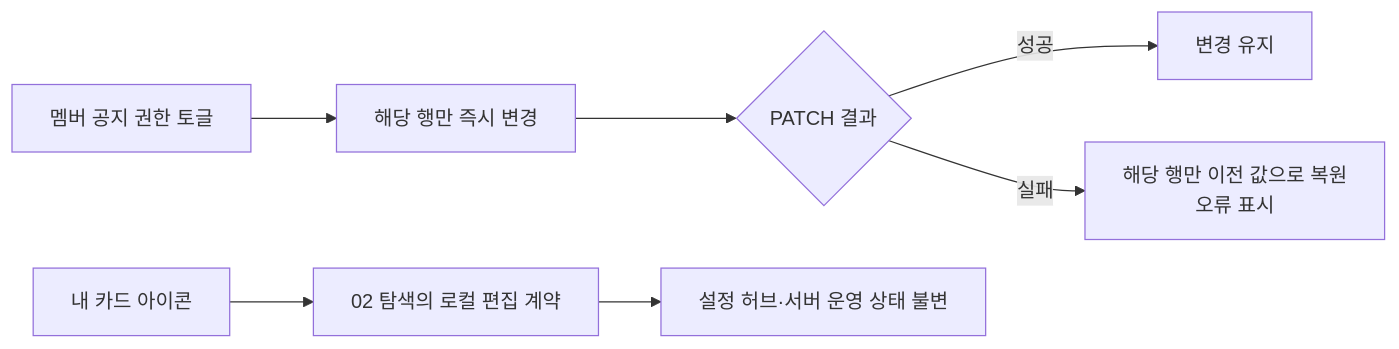
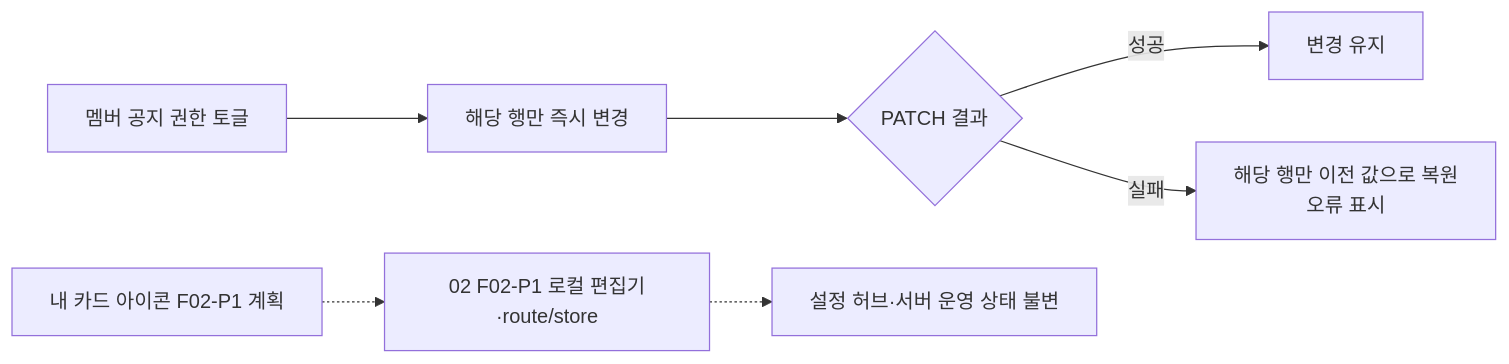
Before and after one commit to OneOrThree/phone: the fourth of 4 diagrams in docs/prd/group/features/04-operation/low-level-design.md, drawn with Mermaid. The commit also changed other lines of this file and 21 other files, not shown here.

````diff
--- a/docs/prd/group/features/04-operation/low-level-design.md
+++ b/docs/prd/group/features/04-operation/low-level-design.md
@@ -70,10 +89,10 @@
 ```mermaid
 flowchart LR
     Grant["멤버 공지 권한 토글"] --> Optimistic["해당 행만 즉시 변경"]
     Optimistic --> Patch{"PATCH 결과"}
     Patch -->|성공| Done["변경 유지"]
     Patch -->|실패| Rollback["해당 행만 이전 값으로 복원\n오류 표시"]
 
-    Emoji["내 카드 아이콘"] --> Editor["02 탐색의 로컬 편집 계약"]
-    Editor --> Return["설정 허브·서버 운영 상태 불변"]
+    Emoji["내 카드 아이콘 F02-P1 계획"] -.-> Editor["02 F02-P1 로컬 편집기·route/store"]
+    Editor -.-> Return["설정 허브·서버 운영 상태 불변"]
 ```
````
